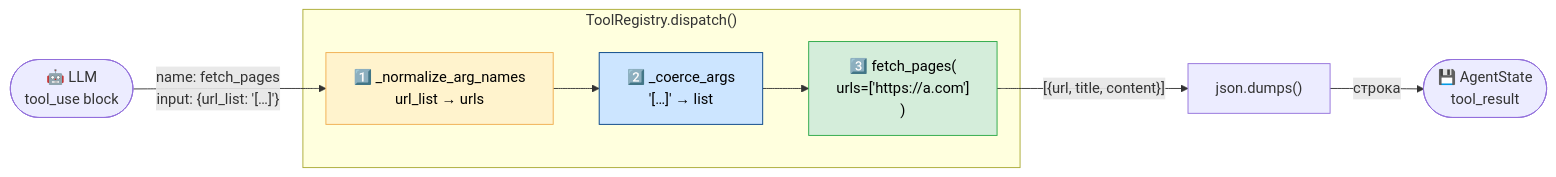
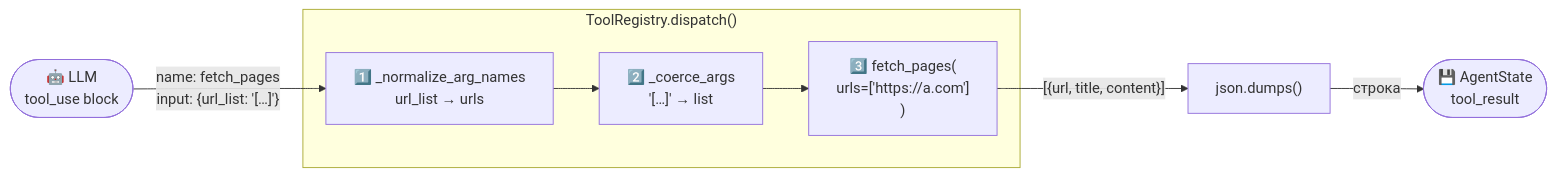
Before and after one commit to ivanshamaev/research-agent: the diagram in docs/07-registry.md, drawn with Mermaid. The commit also changed 5 other files, not shown here.

First line of the commit message:
docs: remove inline style directives from all mermaid diagrams

````diff
--- a/docs/07-registry.md
+++ b/docs/07-registry.md
@@ -198,20 +198,17 @@
 ```mermaid
 flowchart LR
     LLM(["🤖 LLM\ntool_use block"])
 
     LLM -->|"name: fetch_pages\ninput: {url_list: '[…]'}"| N
 
     subgraph dispatch["ToolRegistry.dispatch()"]
         N["1️⃣ _normalize_arg_names\nurl_list → urls"]
         C["2️⃣ _coerce_args\n'[…]' → list"]
         F["3️⃣ fetch_pages(\nurls=['https://a.com']\n)"]
         N --> C --> F
     end
 
     F -->|"[{url, title, content}]"| S["json.dumps()"]
     S -->|строка| State(["💾 AgentState\ntool_result"])
 
-    style N fill:#fff3cd,stroke:#f0ad4e,color:#000
-    style C fill:#cce5ff,stroke:#004085,color:#000
-    style F fill:#d4edda,stroke:#28a745,color:#000
 ```
````
